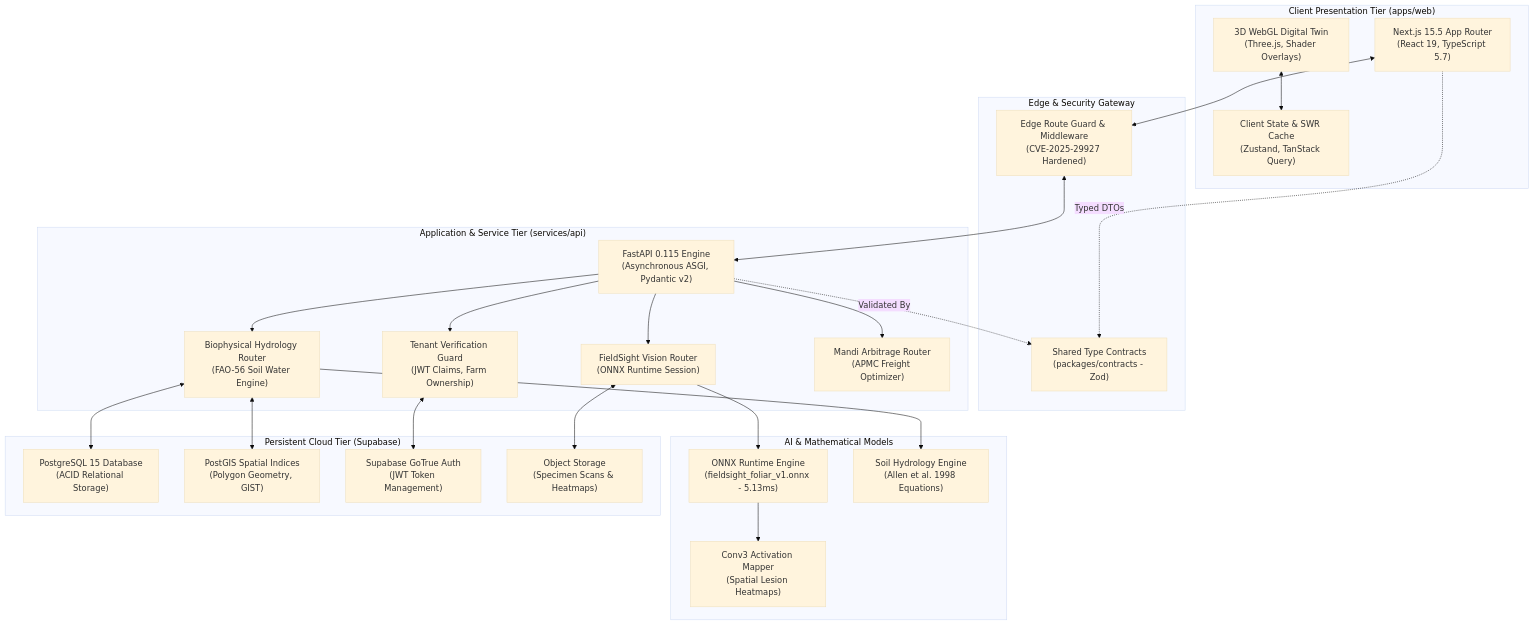
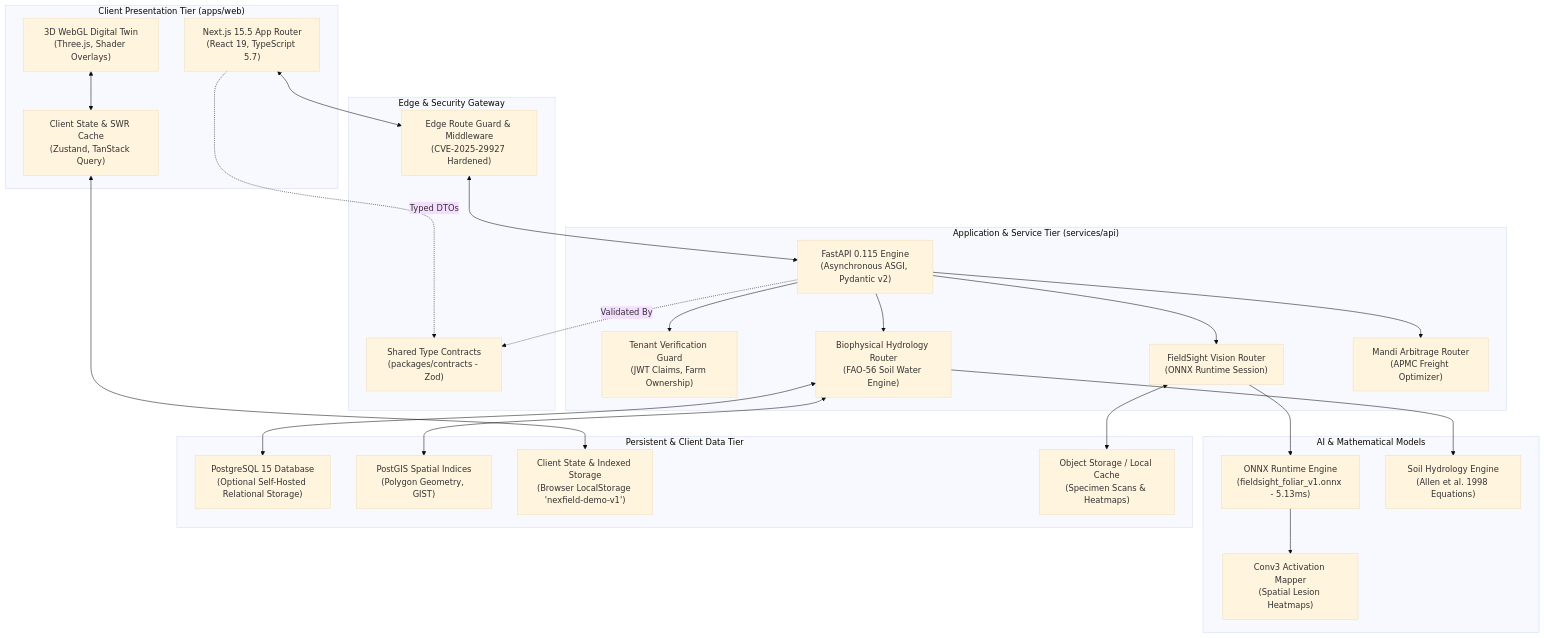
The first of 6 diagrams in README.md (TanishBane/Nexfield), drawn with Mermaid (base theme) before and after one commit. The commit also changed other lines of this file and 30 other files, not shown here.

Commit message:
fix(demo): complete Supabase removal, eliminate auth backdoors, fix CORS, and wire client persistence

````diff
--- a/README.md
+++ b/README.md
@@ -102,54 +102,54 @@
 ```mermaid
 flowchart TB
     subgraph Client ["Client Presentation Tier (apps/web)"]
         Next["Next.js 15.5 App Router<br/>(React 19, TypeScript 5.7)"]
         ThreeCanvas["3D WebGL Digital Twin<br/>(Three.js, Shader Overlays)"]
         ClientState["Client State & SWR Cache<br/>(Zustand, TanStack Query)"]
     end
 
     subgraph Edge ["Edge & Security Gateway"]
         EdgeGuard["Edge Route Guard & Middleware<br/>(CVE-2025-29927 Hardened)"]
         Contracts["Shared Type Contracts<br/>(packages/contracts - Zod)"]
     end
 
     subgraph Service ["Application & Service Tier (services/api)"]
         FastAPI["FastAPI 0.115 Engine<br/>(Asynchronous ASGI, Pydantic v2)"]
         AuthGuard["Tenant Verification Guard<br/>(JWT Claims, Farm Ownership)"]
         TwinRouter["Biophysical Hydrology Router<br/>(FAO-56 Soil Water Engine)"]
         SightRouter["FieldSight Vision Router<br/>(ONNX Runtime Session)"]
         MarketRouter["Mandi Arbitrage Router<br/>(APMC Freight Optimizer)"]
     end
 
     subgraph Models ["AI & Mathematical Models"]
         ONNX["ONNX Runtime Engine<br/>(fieldsight_foliar_v1.onnx - 5.13ms)"]
         CAM["Conv3 Activation Mapper<br/>(Spatial Lesion Heatmaps)"]
         BioPhys["Soil Hydrology Engine<br/>(Allen et al. 1998 Equations)"]
     end
 
-    subgraph Database ["Persistent Cloud Tier (Supabase)"]
-        Postgres["PostgreSQL 15 Database<br/>(ACID Relational Storage)"]
+    subgraph Storage ["Persistent & Client Data Tier"]
+        Postgres["PostgreSQL 15 Database<br/>(Optional Self-Hosted Relational Storage)"]
         PostGIS["PostGIS Spatial Indices<br/>(Polygon Geometry, GIST)"]
-        SupaAuth["Supabase GoTrue Auth<br/>(JWT Token Management)"]
-        BlobStore["Object Storage<br/>(Specimen Scans & Heatmaps)"]
+        ClientStorage["Client State & Indexed Storage<br/>(Browser LocalStorage 'nexfield-demo-v1')"]
+        BlobStore["Object Storage / Local Cache<br/>(Specimen Scans & Heatmaps)"]
     end
 
     Next <--> EdgeGuard
     ThreeCanvas <--> ClientState
     EdgeGuard <--> FastAPI
     Next -. Typed DTOs .-> Contracts
     FastAPI -. Validated By .-> Contracts
 
     FastAPI --> AuthGuard
     FastAPI --> TwinRouter
     FastAPI --> SightRouter
     FastAPI --> MarketRouter
 
     SightRouter --> ONNX
     ONNX --> CAM
     TwinRouter --> BioPhys
 
-    AuthGuard <--> SupaAuth
     TwinRouter <--> Postgres
     TwinRouter <--> PostGIS
     SightRouter <--> BlobStore
+    ClientState <--> ClientStorage
 ```
````
